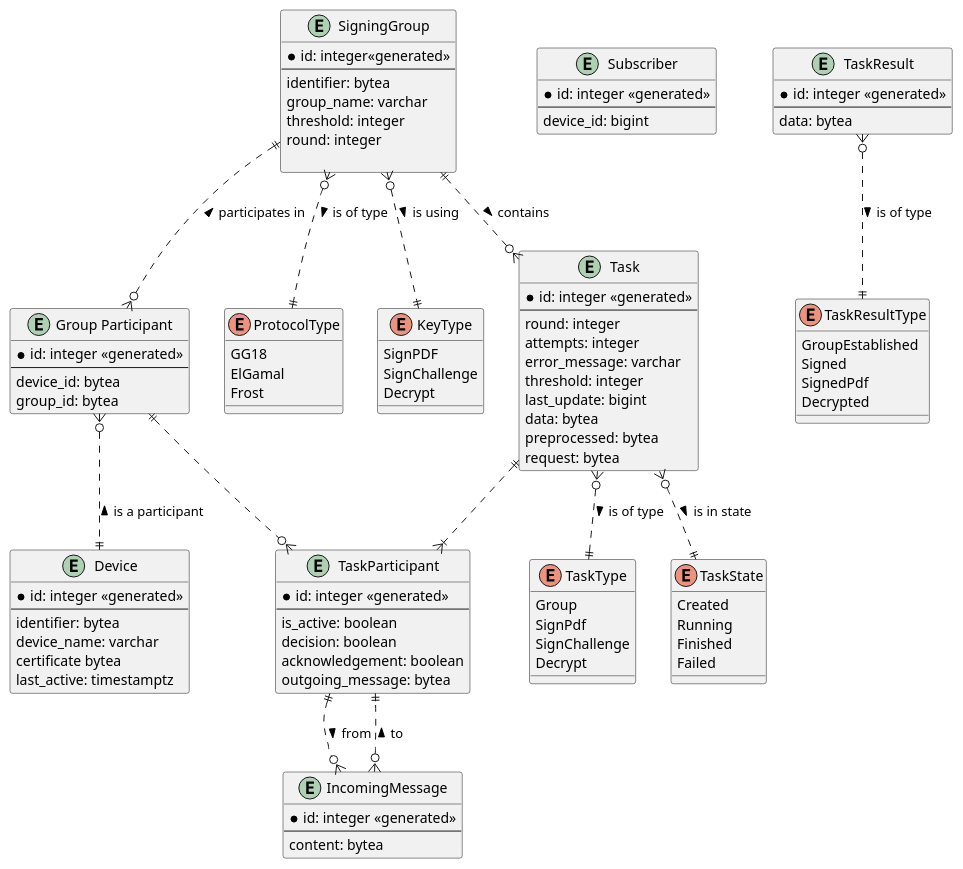
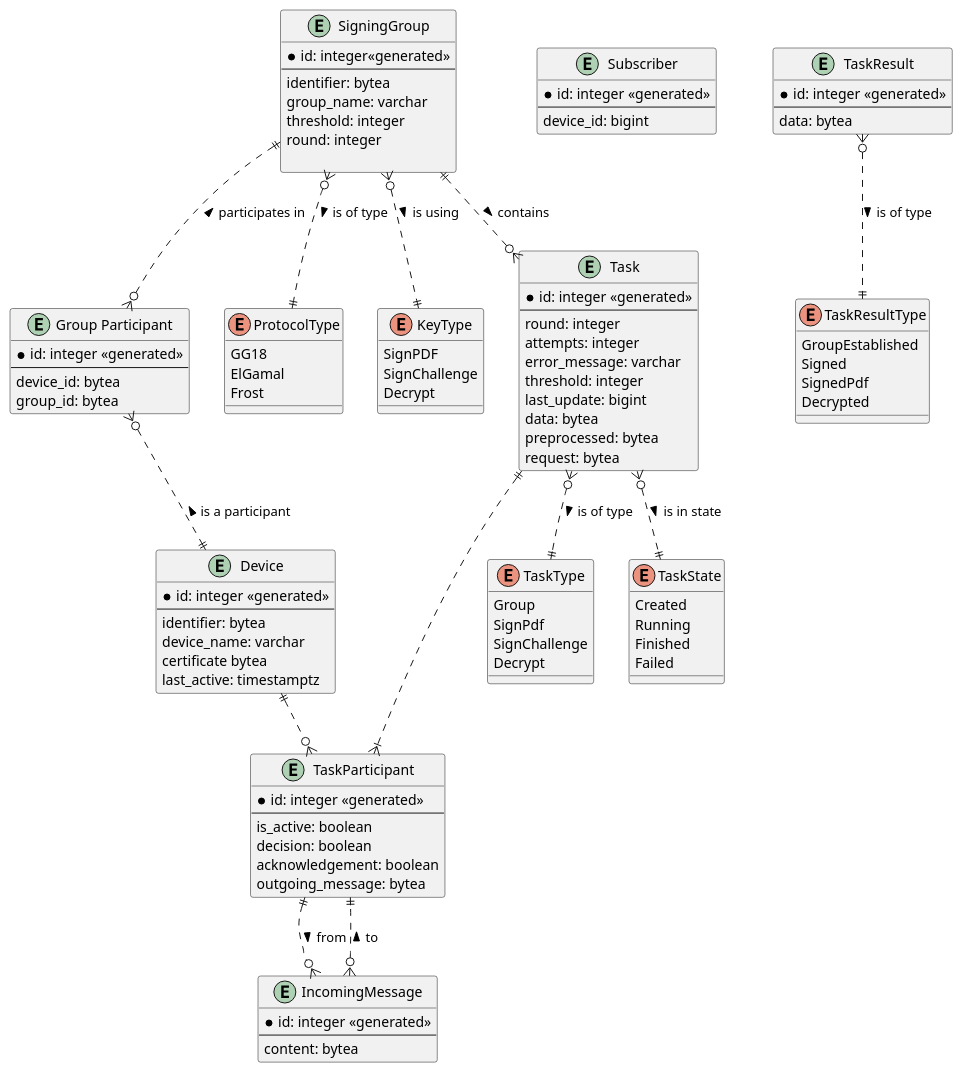
One commit to crocs-muni/meesign-server changed the diagram in docs/diagrams/meesign-erd.plantuml. Above: the diagram before and after it, drawn with PlantUML. The commit also changed 7 other files, not shown here.

Commit message:
refactor: link TaskParticipant with Device directly

```diff
--- a/docs/diagrams/meesign-erd.plantuml
+++ b/docs/diagrams/meesign-erd.plantuml
@@ -1,116 +1,116 @@
 @startuml meesign-erd
 
 entity "Device" as device {
     * id: integer <<generated>>
     --
     identifier: bytea
     device_name: varchar
     certificate bytea
     last_active: timestamptz
 }
 
 entity "Subscriber" as subscriber {
     * id: integer <<generated>>
     --
     device_id: bigint
 }
 entity "Group Participant" as group_participant {
     * id: integer <<generated>>
     --
     device_id: bytea
     group_id: bytea
 }
 
 entity "SigningGroup" as group {
     * id: integer<<generated>>
     --
     identifier: bytea
     group_name: varchar
     threshold: integer
     round: integer
 
 }
 
 enum "ProtocolType" as protocol_type {
     GG18
     ElGamal
     Frost
 }
 
 enum "KeyType" as key_type {
     SignPDF
     SignChallenge
     Decrypt
 }
 
 
 
 entity "Task" as task {
     * id: integer <<generated>>
     --
     round: integer
     attempts: integer
     error_message: varchar
     threshold: integer
     last_update: bigint
     data: bytea
     preprocessed: bytea
     request: bytea
 }
 
 entity "TaskParticipant" as task_participant{
     * id: integer <<generated>>
     --
     is_active: boolean
     decision: boolean
     acknowledgement: boolean
     outgoing_message: bytea
 }
 
 entity "IncomingMessage" as incoming_message {
     * id: integer <<generated>>
     --
     content: bytea
 }
 
 enum "TaskType" as task_type {
     Group
     SignPdf
     SignChallenge
     Decrypt
 }
 
 enum "TaskState" as stask_state {
     Created
     Running
     Finished
     Failed
 }
 
 entity "TaskResult" as task_result {
     * id: integer <<generated>>
     --
     data: bytea
 }
 
 enum "TaskResultType" as task_result_type {
     GroupEstablished
     Signed
     SignedPdf
     Decrypted
 }
 
 group ||..o{ group_participant: < participates in
 group }o..|| key_type: is using >
 group_participant }o..|| device: < is a participant
 group }o..|| protocol_type: > is of type
 task }o..|| task_type: > is of type
 group ||..o{ task: > contains
 task }o..|| stask_state: > is in state
 ' task_result }o..o| group : > group established
 task_result }o..|| task_result_type: > is of type
 task ||..|{ task_participant
-group_participant ||..o{ task_participant
+device ||..o{ task_participant
 task_participant ||..o{ incoming_message: > from
 incoming_message }o..|| task_participant : > to
 @enduml
```
